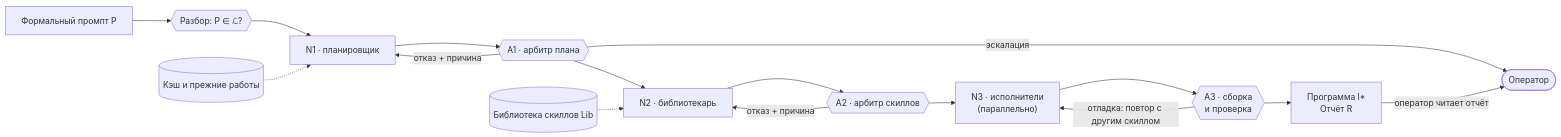
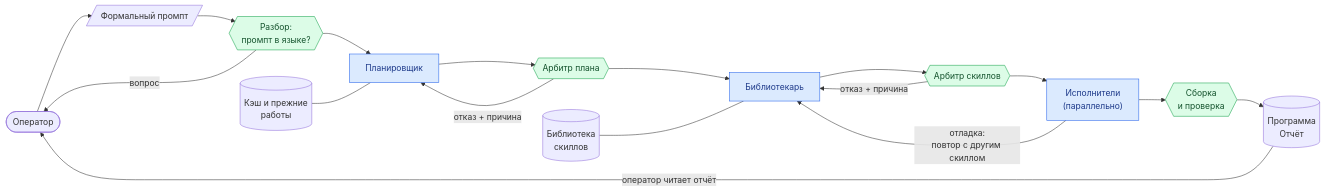
One commit to makisq/octochan changed the first of 2 diagrams in octochan/docs/formal-prompting.md. Above: the diagram before and after it, drawn with Mermaid. The commit also changed other lines of this file and 8 other files, not shown here.

````diff
--- a/octochan/docs/formal-prompting.md
+++ b/octochan/docs/formal-prompting.md
@@ -721,19 +440,24 @@
 ```mermaid
 flowchart LR
-    op(["Оператор"])
-    prompt["Формальный промпт P"] --> parse{{"Разбор: P ∈ ℒ?"}}
-    parse --> N1["N1 · планировщик"]
-    N1 --> A1{{"A1 · арбитр плана"}}
-    A1 --> N2["N2 · библиотекарь"]
-    N2 --> A2{{"A2 · арбитр скиллов"}}
-    A2 --> N3["N3 · исполнители<br/>(параллельно)"]
-    N3 --> A3{{"A3 · сборка<br/>и проверка"}}
-    A3 --> out["Программа I*<br/>Отчёт R"]
-    cache[("Кэш и прежние работы")] -.-> N1
-    lib[("Библиотека скиллов Lib")] -.-> N2
-    A1 -- "отказ + причина" --> N1
-    A2 -- "отказ + причина" --> N2
-    A3 -- "отладка: повтор с другим скиллом" --> N3
-    A1 -- "эскалация" --> op
-    out -- "оператор читает отчёт" --> op
+    op(["Оператор"]) --> prompt[/"Формальный промпт"/]
+    prompt --> parse{{"Разбор:<br/>промпт в языке?"}}
+    parse -- "вопрос" --> op
+    parse --> planner["Планировщик"]
+    cache[("Кэш и прежние<br/>работы")] --- planner
+    planner --> aplan{{"Арбитр плана"}}
+    aplan -- "отказ + причина" --> planner
+    aplan --> librarian["Библиотекарь"]
+    skills[("Библиотека<br/>скиллов")] --- librarian
+    librarian --> askills{{"Арбитр скиллов"}}
+    askills -- "отказ + причина" --> librarian
+    askills --> executors["Исполнители<br/>(параллельно)"]
+    executors -- "отладка:<br/>повтор с другим скиллом" --> librarian
+    executors --> build{{"Сборка<br/>и проверка"}}
+    build --> result[("Программа<br/>Отчёт")]
+    result -- "оператор читает отчёт" --> op
+
+    classDef neural fill:#dbeafe,stroke:#2563eb,color:#1e3a8a
+    classDef check fill:#dcfce7,stroke:#16a34a,color:#14532d
+    class planner,librarian,executors neural
+    class parse,aplan,askills,build check
 ```
````
